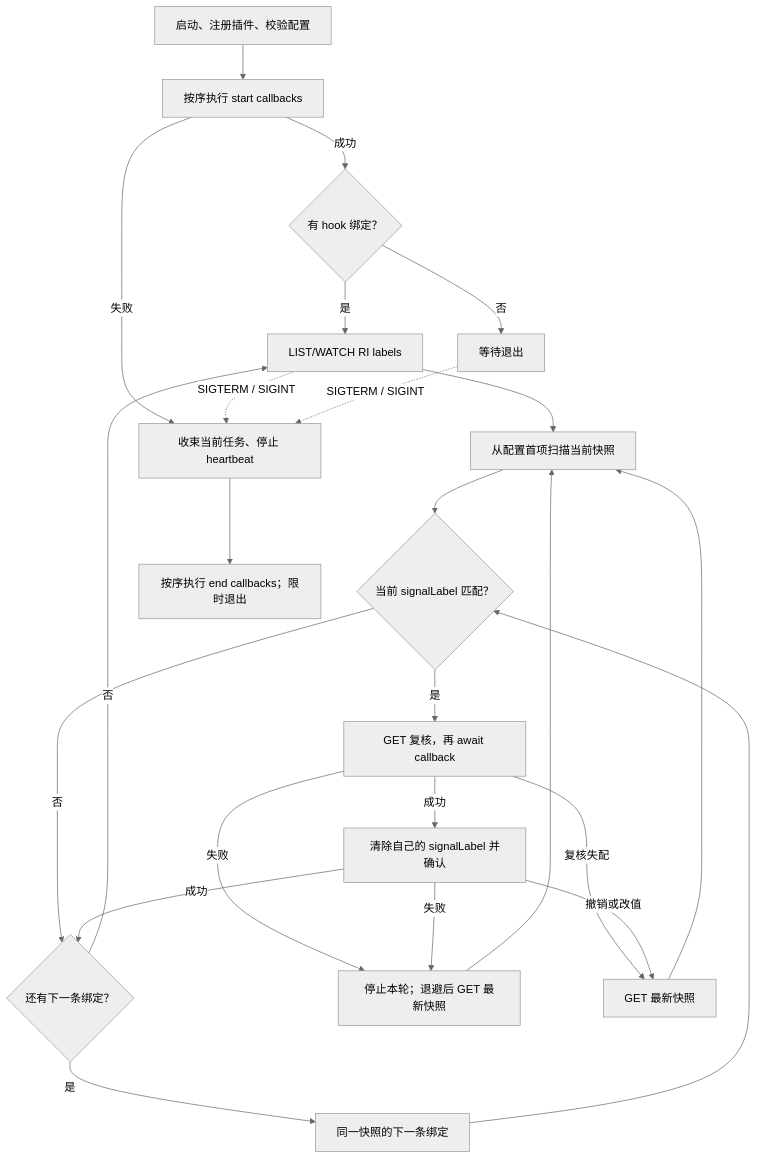
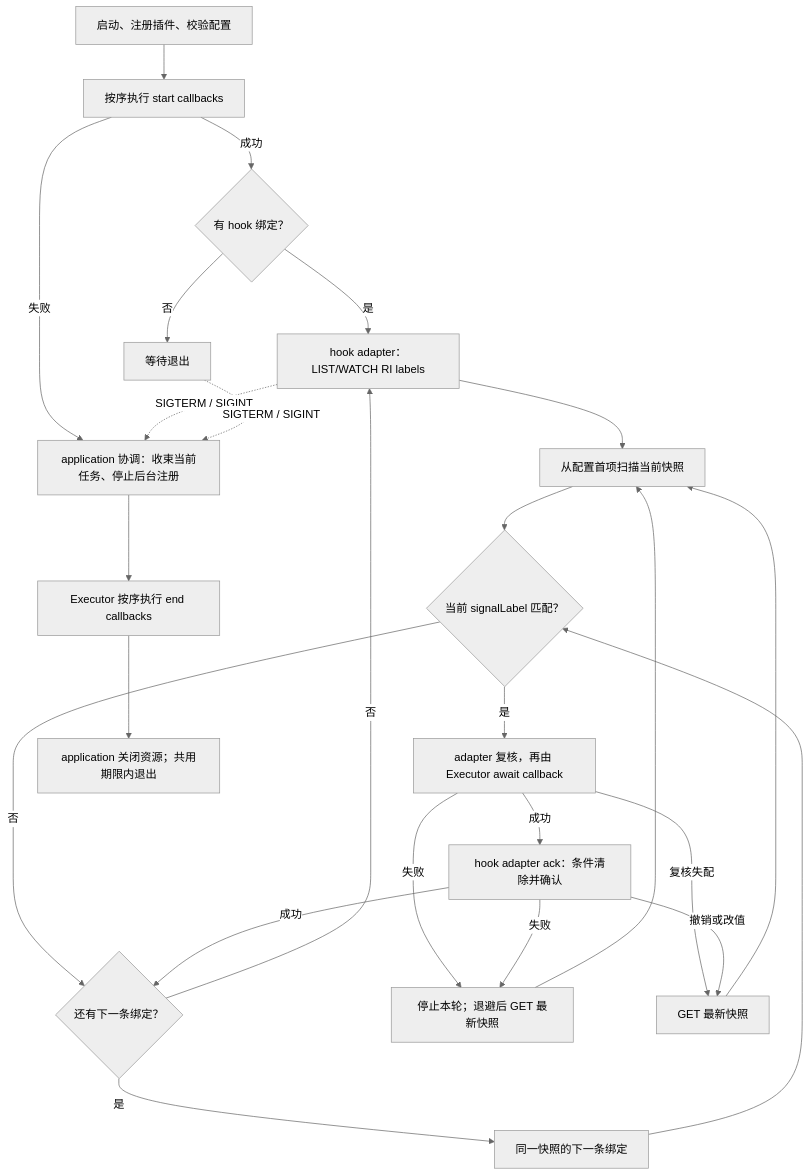
One commit to diw-zw/inference-engine-runtime changed the second of 2 diagrams in proposals/14-roleinstance-lifecycle-hook-executor/README.zh-CN.md. Above: the diagram before and after it, drawn with Mermaid (neutral theme). The commit also changed other lines of this file and 2 other files, not shown here.

````diff
--- a/proposals/14-roleinstance-lifecycle-hook-executor/README.zh-CN.md
+++ b/proposals/14-roleinstance-lifecycle-hook-executor/README.zh-CN.md
@@ -505,26 +571,27 @@
 ```mermaid
 flowchart TD
     A["启动、注册插件、校验配置"] --> B["按序执行 start callbacks"]
     B -->|成功| C{"有 hook 绑定？"}
-    B -->|失败| H["收束当前任务、停止 heartbeat"]
+    B -->|失败| H["application 协调：收束当前任务、停止后台注册"]
     C -->|否| W["等待退出"]
-    C -->|是| L["LIST/WATCH RI labels"]
+    C -->|是| L["hook adapter：LIST/WATCH RI labels"]
     L --> D["从配置首项扫描当前快照"]
     D --> E{"当前 signalLabel 匹配？"}
     E -->|否| N{"还有下一条绑定？"}
-    E -->|是| F["GET 复核，再 await callback"]
-    F -->|成功| G["清除自己的 signalLabel 并确认"]
+    E -->|是| F["adapter 复核，再由 Executor await callback"]
+    F -->|成功| G["hook adapter ack：条件清除并确认"]
     G -->|成功| N
     F -->|失败| R["停止本轮；退避后 GET 最新快照"]
     G -->|失败| R
     F -->|复核失配| M["GET 最新快照"]
     G -->|撤销或改值| M
     M --> D
     R --> D
     N -->|是| J["同一快照的下一条绑定"]
     J --> E
     N -->|否| L
     L -. SIGTERM / SIGINT .-> H
     W -. SIGTERM / SIGINT .-> H
-    H --> I["按序执行 end callbacks；限时退出"]
+    H --> I["Executor 按序执行 end callbacks"]
+    I --> Z["application 关闭资源；共用期限内退出"]
 ```
````
